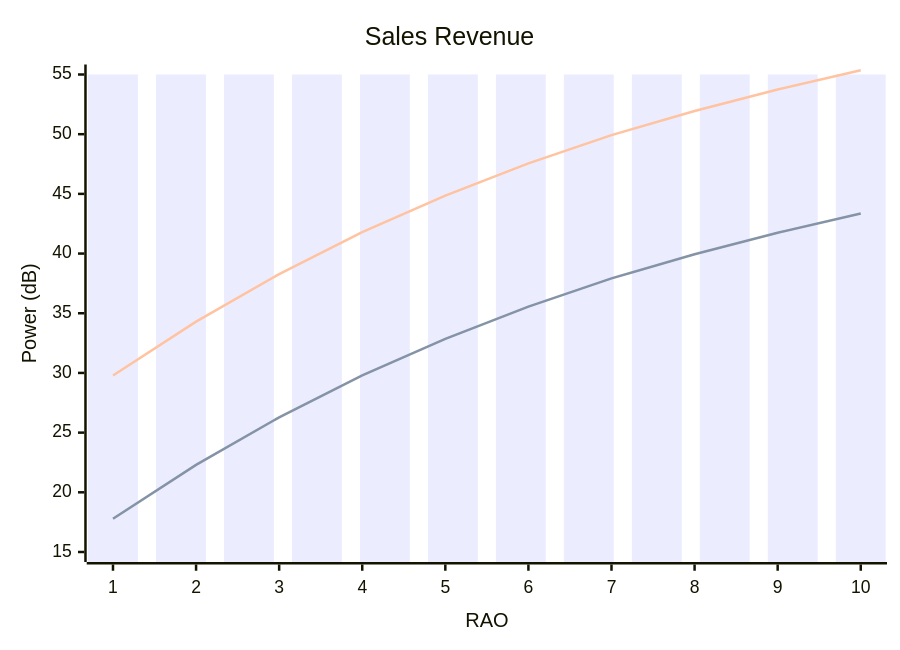
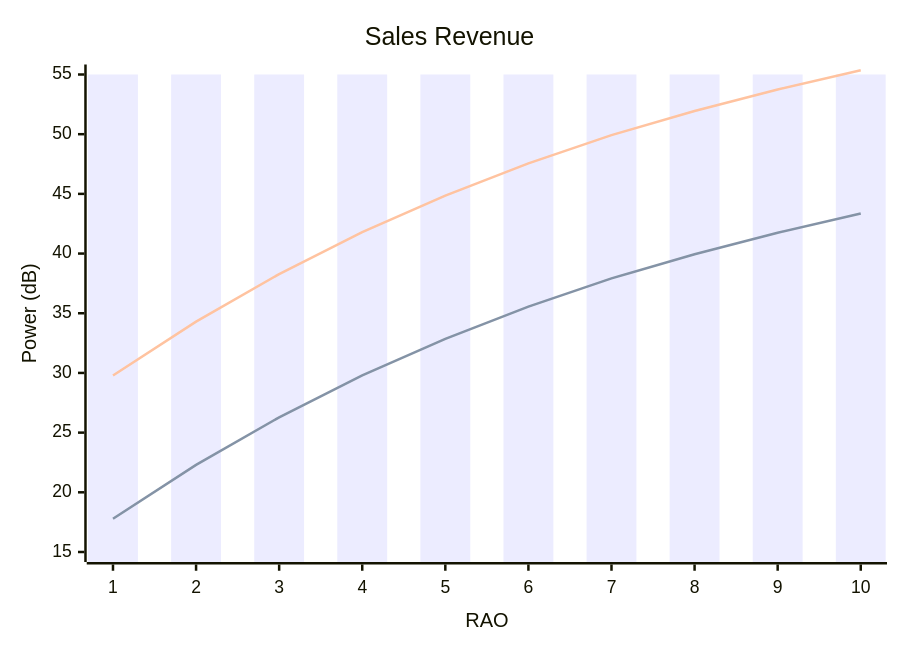
The sixth of 8 diagrams in docs/20250310 Thesis (Basic Msg1 Model).md (bmw-ece-ntust/wilfrid-prach-attack-analysis), drawn with Mermaid before and after one commit.

Commit message:
Update 20250310 Thesis (Basic Msg1 Model).md

````diff
--- a/docs/20250310 Thesis (Basic Msg1 Model).md
+++ b/docs/20250310 Thesis (Basic Msg1 Model).md
@@ -171,9 +171,9 @@
 ```mermaid
 xychart-beta
     title "Sales Revenue"
     x-axis RAO 1 --> 10
     y-axis "Power (dB)" 15 --> 55
-    bar [55, 55, 55, 55, 55, 55, 55, 55, 55, 55, 55, 55]
+    bar [55, 55, 55, 55, 55, 55, 55, 55, 55, 55]
     line [17.78, 22.3, 26.28, 29.8, 32.86, 35.56, 37.92, 39.94, 41.74, 43.36]
     line [29.78, 34.3, 38.28, 41.8, 44.86, 47.56, 49.92, 51.94, 53.74, 55.36]
 ```
````
